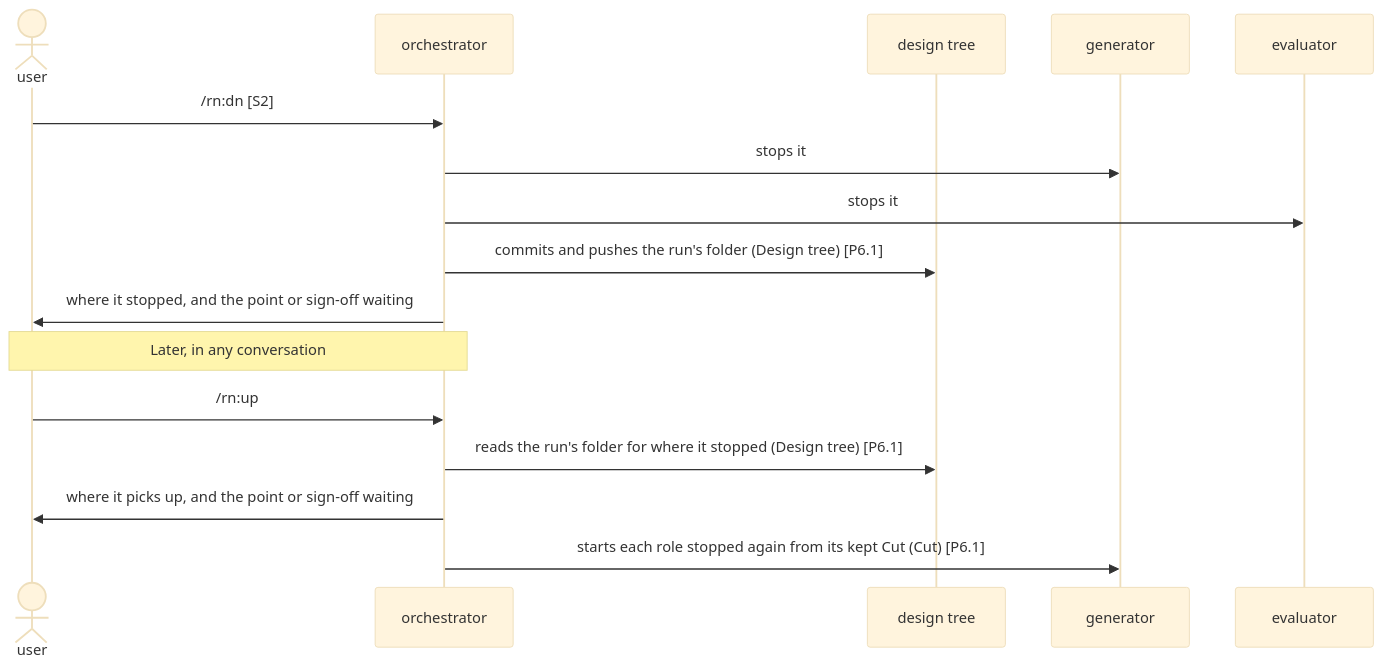
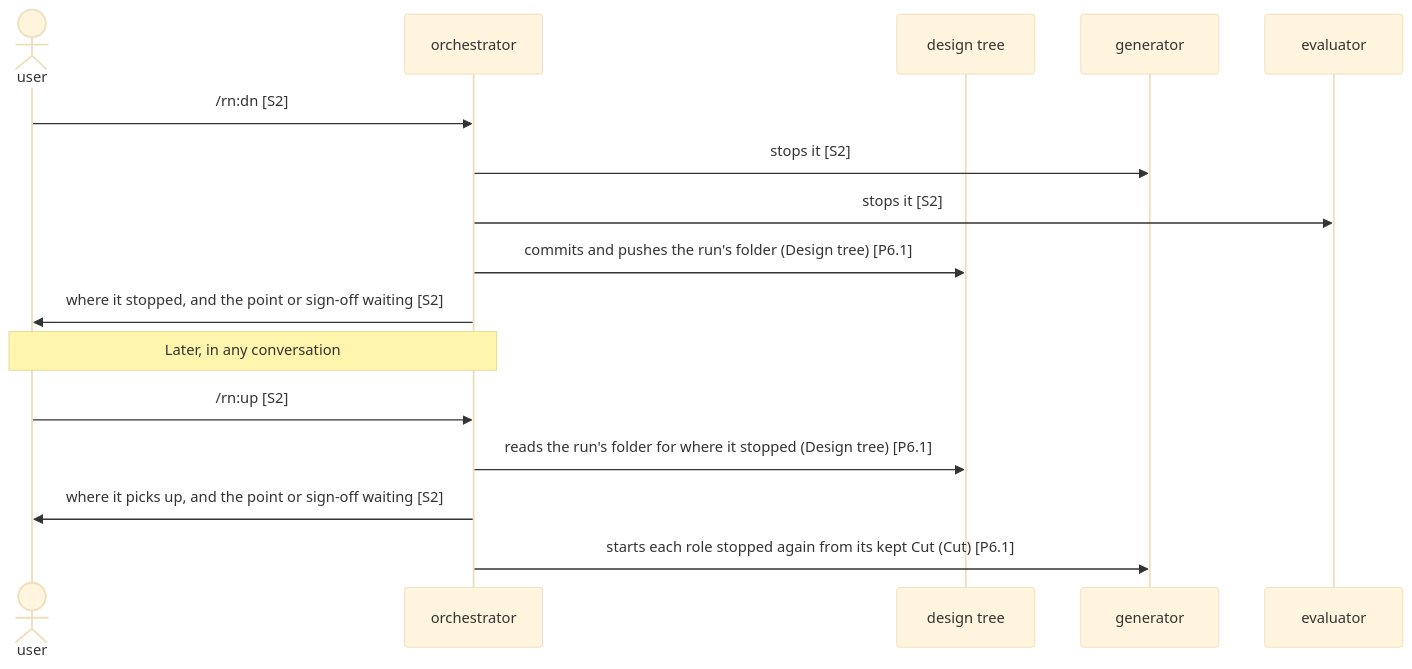
One commit to lovaizu/ccpm changed the second of 2 diagrams in dev/rn/architecture.md. Above: the diagram before and after it, drawn with Mermaid (base theme). The commit also changed other lines of this file and 15 other files, not shown here.

````diff
--- a/dev/rn/architecture.md
+++ b/dev/rn/architecture.md
@@ -129,18 +129,18 @@
 ```mermaid
 sequenceDiagram
   actor U as user
   participant O as orchestrator
   participant T as design tree
   participant G as generator
   participant E as evaluator
   U->>O: /rn:dn [S2]
-  O->>G: stops it
-  O->>E: stops it
+  O->>G: stops it [S2]
+  O->>E: stops it [S2]
   O->>T: commits and pushes the run's folder (Design tree) [P6.1]
-  O->>U: where it stopped, and the point or sign-off waiting
+  O->>U: where it stopped, and the point or sign-off waiting [S2]
   Note over U,O: Later, in any conversation
-  U->>O: /rn:up
+  U->>O: /rn:up [S2]
   O->>T: reads the run's folder for where it stopped (Design tree) [P6.1]
-  O->>U: where it picks up, and the point or sign-off waiting
+  O->>U: where it picks up, and the point or sign-off waiting [S2]
   O->>G: starts each role stopped again from its kept Cut (Cut) [P6.1]
 ```
````
